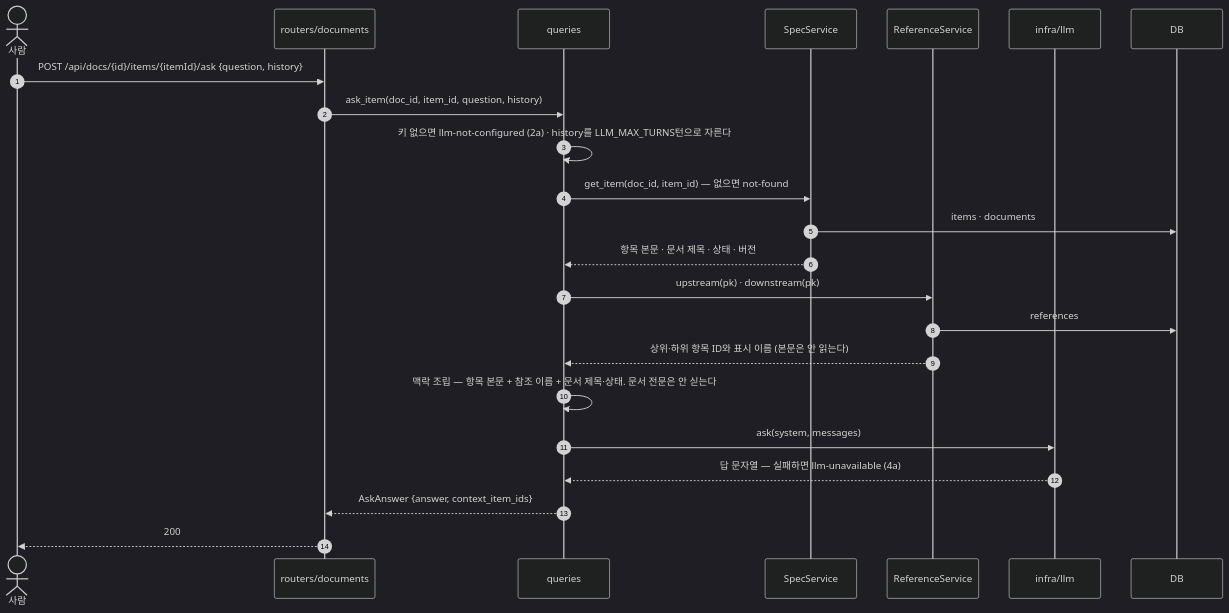
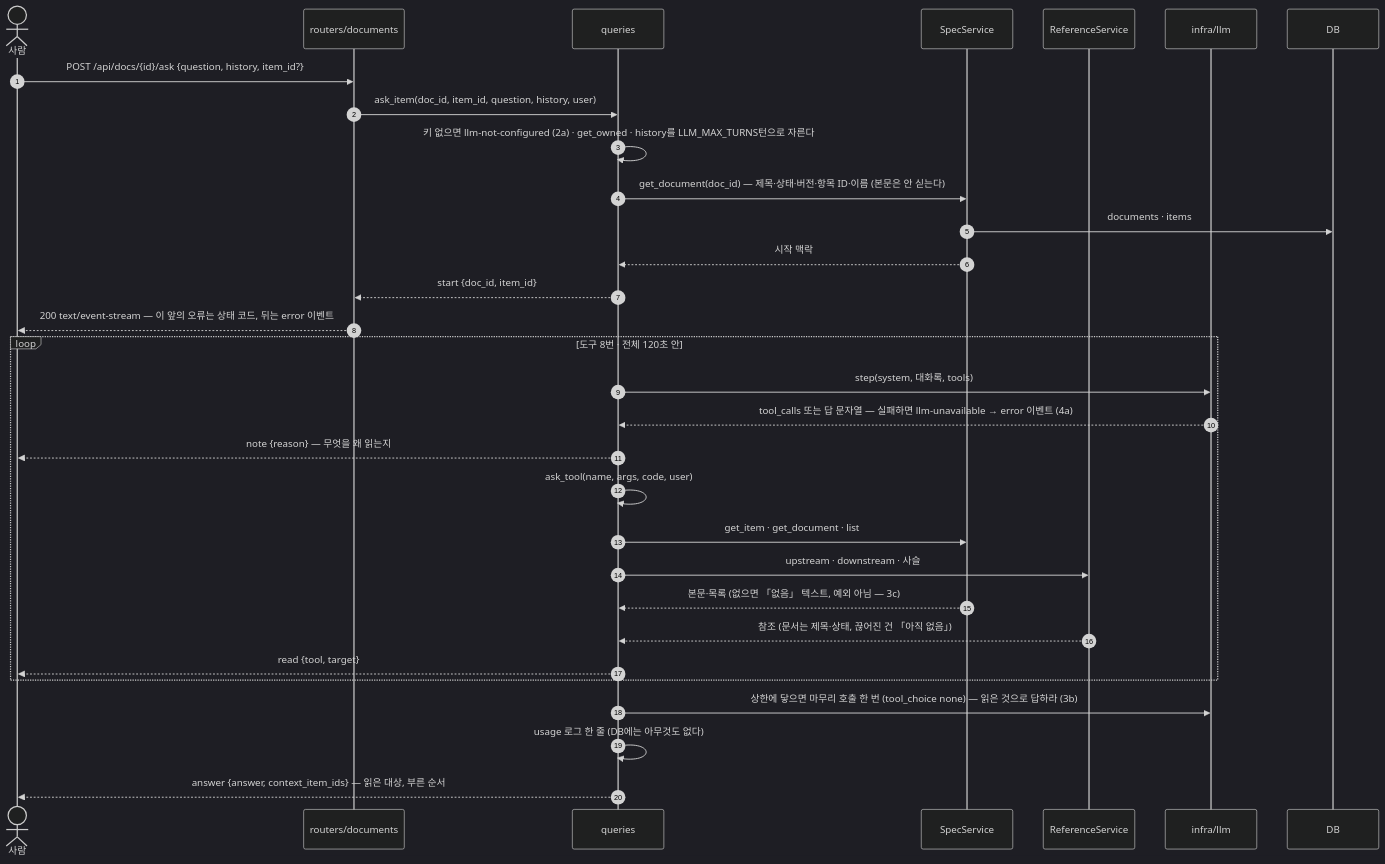
One commit to HoyoungParkme/syncdoc changed diagram 20 of 22 in docs/specs/09-SEQ/SYNC-SEQ-001.md. Above: the diagram before and after it, drawn with Mermaid (dark theme). The commit also changed other lines of this file and 24 other files, not shown here.

````diff
--- a/docs/specs/09-SEQ/SYNC-SEQ-001.md
+++ b/docs/specs/09-SEQ/SYNC-SEQ-001.md
@@ -966,26 +966,34 @@
 ```mermaid
 sequenceDiagram
     autonumber
     actor U as 사람
     participant RD as routers/documents
     participant Q as queries
     participant S as SpecService
     participant R as ReferenceService
     participant LLM as infra/llm
     participant DB
 
-    U->>RD: POST /api/docs/{id}/items/{itemId}/ask {question, history}
-    RD->>Q: ask_item(doc_id, item_id, question, history)
-    Q->>Q: 키 없으면 llm-not-configured (2a) · history를 LLM_MAX_TURNS턴으로 자른다
-    Q->>S: get_item(doc_id, item_id) — 없으면 not-found
-    S->>DB: items · documents
-    S-->>Q: 항목 본문 · 문서 제목 · 상태 · 버전
-    Q->>R: upstream(pk) · downstream(pk)
-    R->>DB: references
-    R-->>Q: 상위·하위 항목 ID와 표시 이름 (본문은 안 읽는다)
-    Q->>Q: 맥락 조립 — 항목 본문 + 참조 이름 + 문서 제목·상태. 문서 전문은 안 싣는다
-    Q->>LLM: ask(system, messages)
-    LLM-->>Q: 답 문자열 — 실패하면 llm-unavailable (4a)
-    Q-->>RD: AskAnswer {answer, context_item_ids}
-    RD-->>U: 200
+    U->>RD: POST /api/docs/{id}/ask {question, history, item_id?}
+    RD->>Q: ask_item(doc_id, item_id, question, history, user)
+    Q->>Q: 키 없으면 llm-not-configured (2a) · get_owned · history를 LLM_MAX_TURNS턴으로 자른다
+    Q->>S: get_document(doc_id) — 제목·상태·버전·항목 ID·이름 (본문은 안 싣는다)
+    S->>DB: documents · items
+    S-->>Q: 시작 맥락
+    Q-->>RD: start {doc_id, item_id}
+    RD-->>U: 200 text/event-stream — 이 앞의 오류는 상태 코드, 뒤는 error 이벤트
+    loop 도구 8번 · 전체 120초 안
+        Q->>LLM: step(system, 대화록, tools)
+        LLM-->>Q: tool_calls 또는 답 문자열 — 실패하면 llm-unavailable → error 이벤트 (4a)
+        Q-->>U: note {reason} — 무엇을 왜 읽는지
+        Q->>Q: ask_tool(name, args, code, user)
+        Q->>S: get_item · get_document · list
+        Q->>R: upstream · downstream · 사슬
+        S-->>Q: 본문·목록 (없으면 「없음」 텍스트, 예외 아님 — 3c)
+        R-->>Q: 참조 (문서는 제목·상태, 끊어진 건 「아직 없음」)
+        Q-->>U: read {tool, target}
+    end
+    Q->>LLM: 상한에 닿으면 마무리 호출 한 번 (tool_choice none) — 읽은 것으로 답하라 (3b)
+    Q->>Q: usage 로그 한 줄 (DB에는 아무것도 없다)
+    Q-->>U: answer {answer, context_item_ids} — 읽은 대상, 부른 순서
 ```
````
